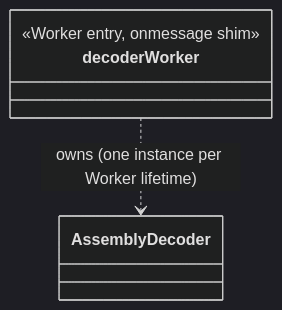
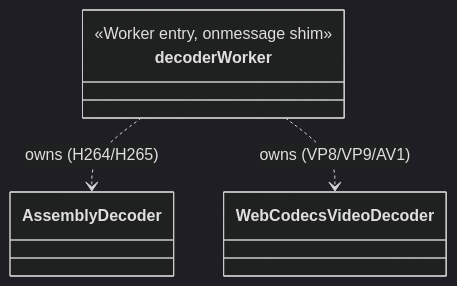
Before and after one commit to melchi45/rtsp-over-websocket: the fifth of 15 diagrams in docs/player/07-talk-backup-worker.md, drawn with Mermaid (dark theme). The commit also changed other lines of this file and 53 other files, not shown here.

````diff
--- a/docs/player/07-talk-backup-worker.md
+++ b/docs/player/07-talk-backup-worker.md
@@ -375,8 +375,10 @@
 ```mermaid
 classDiagram
     class decoderWorker {
         <<Worker entry, onmessage shim>>
     }
     class AssemblyDecoder
-    decoderWorker ..> AssemblyDecoder : owns (one instance per Worker lifetime)
+    class WebCodecsVideoDecoder
+    decoderWorker ..> AssemblyDecoder : owns (H264/H265)
+    decoderWorker ..> WebCodecsVideoDecoder : owns (VP8/VP9/AV1)
 ```
````
